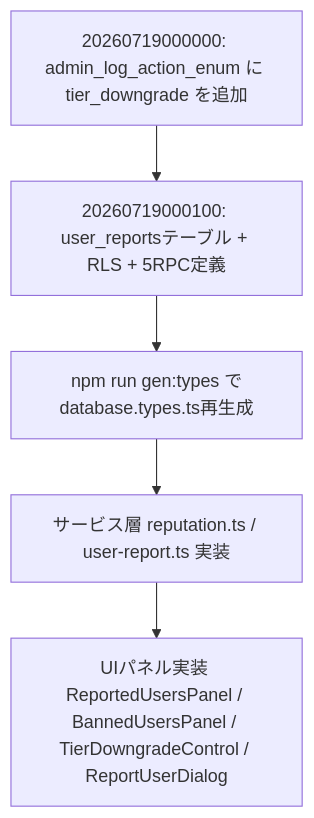
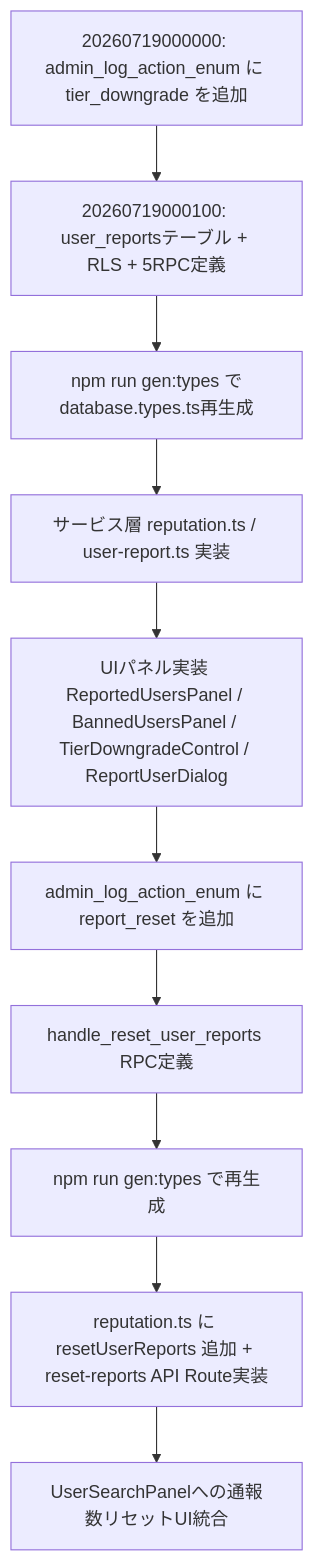
Before and after one commit to npressoworks/quizetika: the third of 3 diagrams in .kiro/specs/quizeum-admin-users-ui/design.md, drawn with Mermaid. The commit also changed other lines of this file and 3 other files, not shown here.

First line of the commit message:
refactor(quizeum-admin-users-ui): 未使用のgetUserOpenReportCount(サーバー版)を削除

````diff
--- a/.kiro/specs/quizeum-admin-users-ui/design.md
+++ b/.kiro/specs/quizeum-admin-users-ui/design.md
@@ -581,7 +665,12 @@
 ```mermaid
 flowchart TD
     A[20260719000000: admin_log_action_enum に tier_downgrade を追加] --> B[20260719000100: user_reportsテーブル + RLS + 5RPC定義]
     B --> C[npm run gen:types でdatabase.types.ts再生成]
     C --> D[サービス層 reputation.ts / user-report.ts 実装]
     D --> E[UIパネル実装 ReportedUsersPanel / BannedUsersPanel / TierDowngradeControl / ReportUserDialog]
+    E --> F[admin_log_action_enum に report_reset を追加]
+    F --> G[handle_reset_user_reports RPC定義]
+    G --> H[npm run gen:types で再生成]
+    H --> I[reputation.ts に resetUserReports 追加 + reset-reports API Route実装]
+    I --> J[UserSearchPanelへの通報数リセットUI統合]
 ```
````
